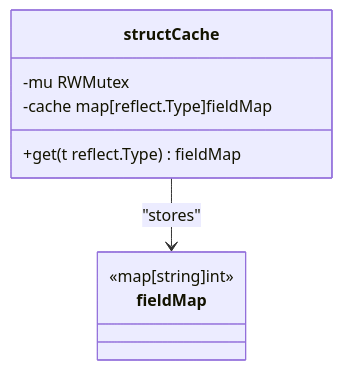
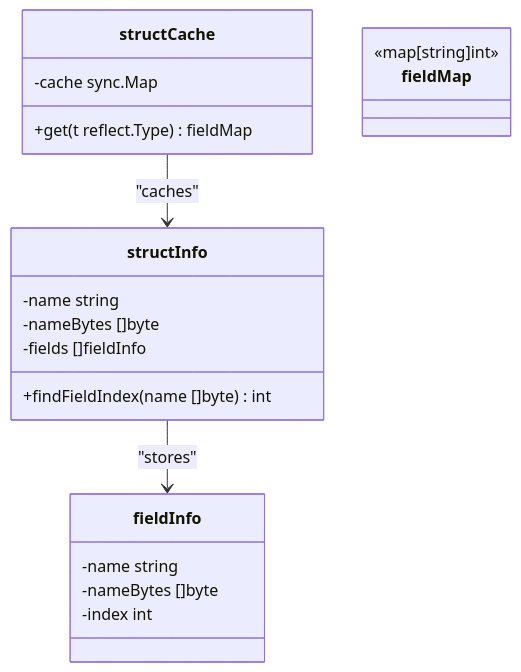
The fourth of 5 diagrams in .qoder/repowiki/en/content/Advanced Unmarshaling System.md (OTumanov/go-toon), drawn with Mermaid before and after one commit. The commit also changed other lines of this file and 6 other files, not shown here.

````diff
--- a/.qoder/repowiki/en/content/Advanced Unmarshaling System.md
+++ b/.qoder/repowiki/en/content/Advanced Unmarshaling System.md
@@ -174,12 +196,23 @@
 ```mermaid
 classDiagram
+class structInfo {
+-name string
+-nameBytes []byte
+-fields []fieldInfo
++findFieldIndex(name []byte) int
+}
+class fieldInfo {
+-name string
+-nameBytes []byte
+-index int
+}
 class structCache {
--mu RWMutex
--cache map[reflect.Type]fieldMap
+-cache sync.Map
 +get(t reflect.Type) fieldMap
 }
 class fieldMap {
 <<map[string]int>>
 }
-structCache --> fieldMap : "stores"
+structInfo --> fieldInfo : "stores"
+structCache --> structInfo : "caches"
 ```
````
